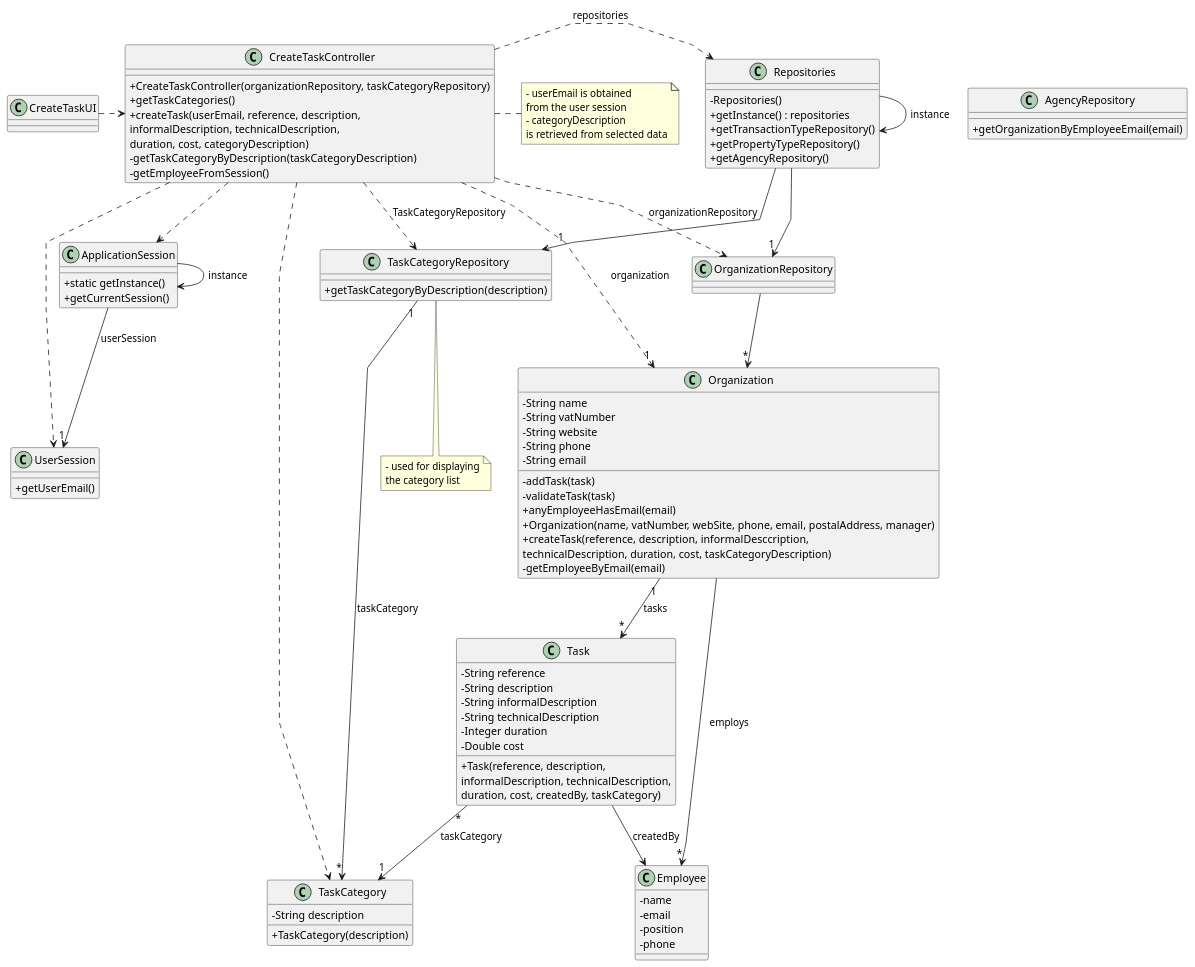
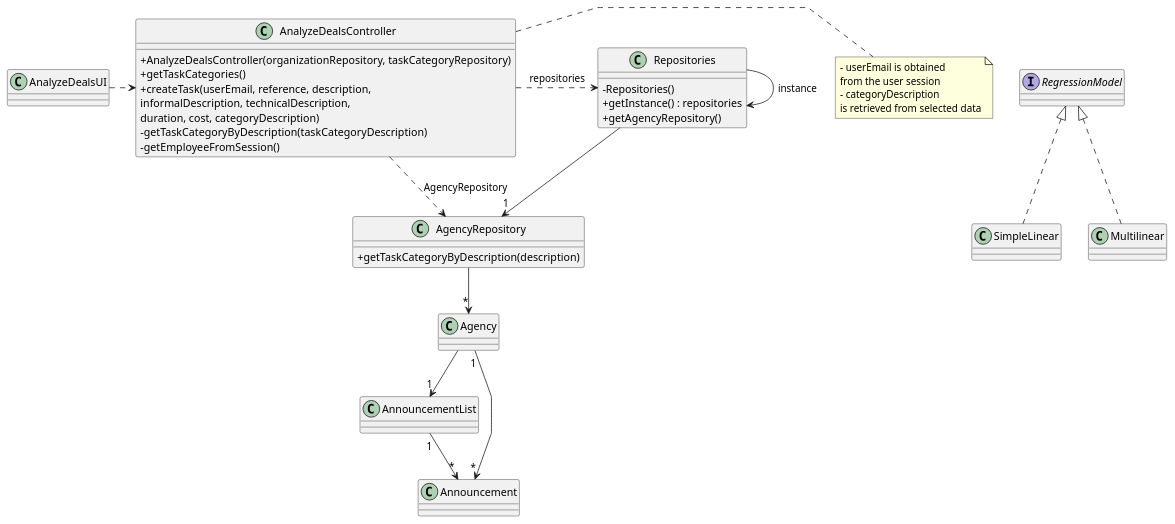
The diagram in docs/sprintD/us018/03.design/puml/us018-class-diagram.puml (rita-barbosa/LAPR2-2223), drawn with PlantUML before and after one commit. The commit also changed 3 other files, not shown here.

Commit message:
Update sequence diagram & class diagram [US018][Design][#03 Task]

```diff
--- a/docs/sprintD/us018/03.design/puml/us018-class-diagram.puml
+++ b/docs/sprintD/us018/03.design/puml/us018-class-diagram.puml
@@ -1,131 +1,76 @@
 @startuml
 'skinparam monochrome true
 skinparam packageStyle rectangle
 skinparam shadowing false
 skinparam linetype polyline
 'skinparam linetype orto
 
 skinparam classAttributeIconSize 0
 
 'left to right direction
 
-class ApplicationSession
-{
-    + static getInstance()
-    + getCurrentSession()
+
+
+
+
+class Agency {
+
+
 }
 
-class UserSession
-{
-    + getUserEmail()
-}
-
-class Employee {
-    - name
-    - email
-    - position
-    - phone
-}
-
-class Task {
-    - String reference
-    - String description
-    - String informalDescription
-    - String technicalDescription
-    - Integer duration
-    - Double cost
-
-    + Task(reference, description,\ninformalDescription, technicalDescription,\nduration, cost, createdBy, taskCategory)
-}
-
-class TaskCategory {
-    - String description
-
-    + TaskCategory(description)
-}
-
-class Organization {
-    - String name
-    - String vatNumber
-    - String website
-    - String phone
-    - String email
-
-    - addTask(task)
-    - validateTask(task)
-    + anyEmployeeHasEmail(email)
-    + Organization(name, vatNumber, webSite, phone, email, postalAddress, manager)
-    + createTask(reference, description, informalDesccription,\ntechnicalDescription, duration, cost, taskCategoryDescription)
-    - getEmployeeByEmail(email)
-
-'  +saveTask(task)
-}
-
-class TaskCategoryRepository {
+class AgencyRepository {
     + getTaskCategoryByDescription(description)
 }
 
-class AgencyRepository {
-    + getOrganizationByEmployeeEmail(email)
-}
 
 class Repositories {
     - Repositories()
     + getInstance() : repositories
-    + getTransactionTypeRepository()
-    + getPropertyTypeRepository()
     + getAgencyRepository()
 }
 
-class CreateTaskController {
-    + CreateTaskController(organizationRepository, taskCategoryRepository)
+class AnalyzeDealsController {
+    + AnalyzeDealsController(organizationRepository, taskCategoryRepository)
     + getTaskCategories()
     + createTask(userEmail, reference, description,\ninformalDescription, technicalDescription,\nduration, cost, categoryDescription)
     - getTaskCategoryByDescription(taskCategoryDescription)
     - getEmployeeFromSession()
 }
 
-note right of CreateTaskController
+note right of AnalyzeDealsController
     - userEmail is obtained
     from the user session
     - categoryDescription
     is retrieved from selected data
 end note
 
-note bottom of TaskCategoryRepository
-    - used for displaying
-    the category list
-end note
-
-class CreateTaskUI {
+class AnalyzeDealsUI{
 }
 
+class SimpleLinear implements RegressionModel {
+}
+class Multilinear implements RegressionModel {
+
+}
+interface RegressionModel{
+}
+
+
+
 Repositories -> Repositories : instance
-ApplicationSession -> ApplicationSession : instance
 
-CreateTaskUI .> CreateTaskController
+AnalyzeDealsUI .> AnalyzeDealsController
 
-CreateTaskController .> Repositories : repositories
+AnalyzeDealsController .> Repositories : repositories
 
-Repositories -> "1" TaskCategoryRepository
+Repositories --> "1" AgencyRepository
 
-CreateTaskController ..> TaskCategory
-CreateTaskController ..> OrganizationRepository : organizationRepository
-CreateTaskController ..> TaskCategoryRepository : TaskCategoryRepository
+AnalyzeDealsController ..> AgencyRepository : AgencyRepository
 
-Repositories --> "1" OrganizationRepository
+AgencyRepository --> "*" Agency
 
-OrganizationRepository --> "*" Organization
-ApplicationSession --> "1" UserSession : userSession
-
-CreateTaskController ..> "1" Organization : organization
-CreateTaskController ..> ApplicationSession
-CreateTaskController ..> UserSession
-Task "*" --> "1" TaskCategory : taskCategory
-TaskCategoryRepository "1" --> "*" TaskCategory : taskCategory
-Organization "1" --> "*" Task : tasks
-Task --> Employee : createdBy
-
-Organization --> "*" Employee : employs
+AnnouncementList "1" --> "*" Announcement
+Agency "1" --> "*" Announcement
+Agency  --> "1" AnnouncementList
 
 @enduml
```
